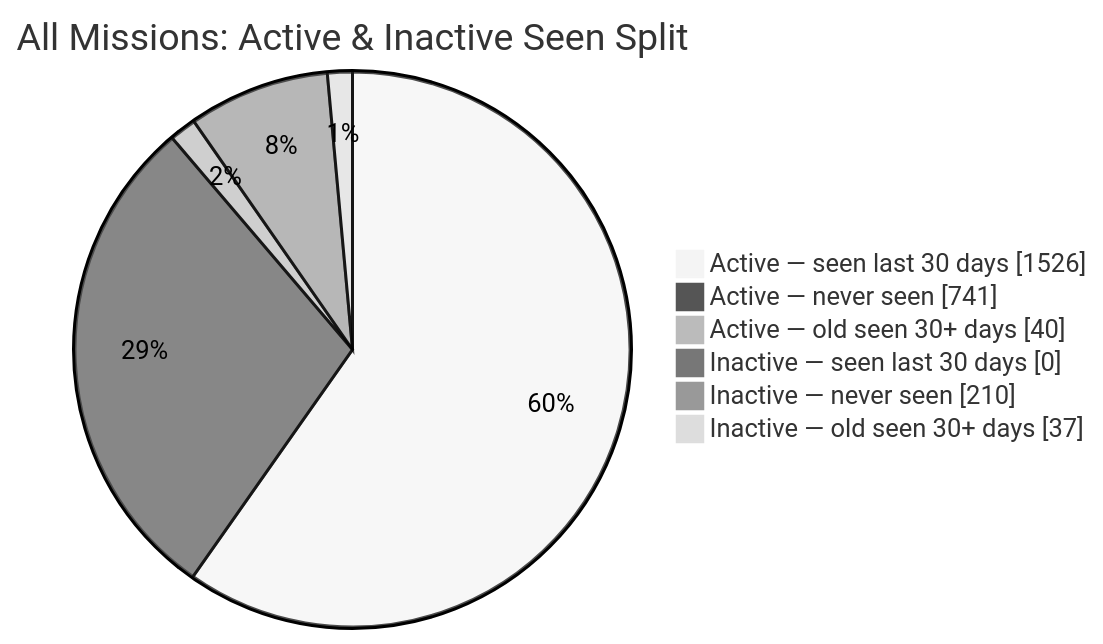
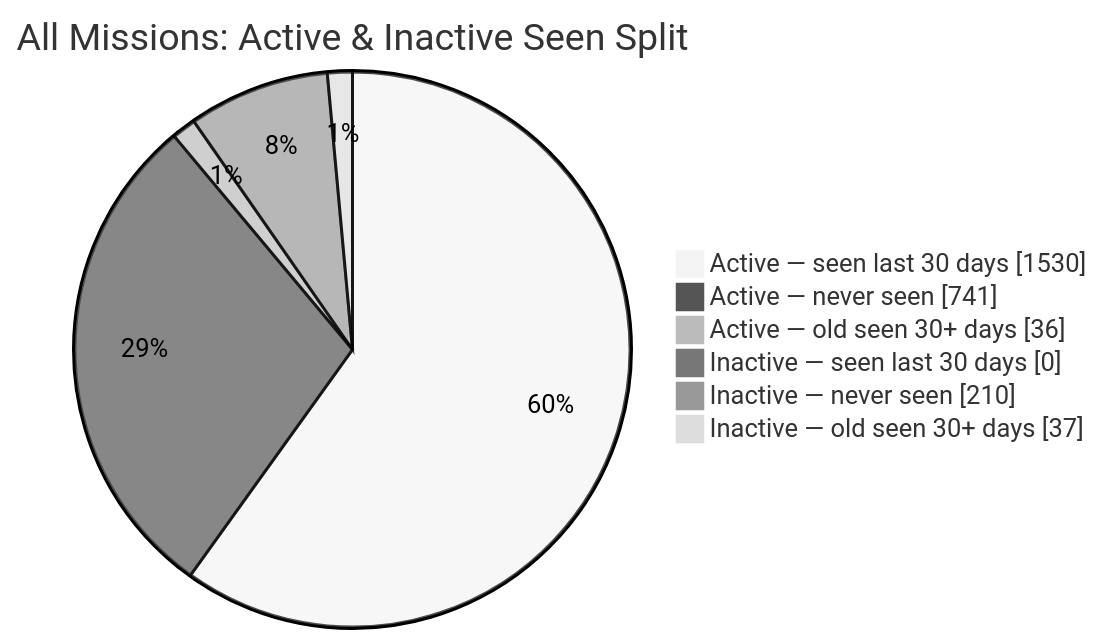
One commit to MeldkamerspelGameTeam/active-missions changed the second of 2 diagrams in README.md. Above: the diagram before and after it, drawn with Mermaid (neutral theme). The commit also changed other lines of this file and 3 other files, not shown here.

````diff
--- a/README.md
+++ b/README.md
@@ -44,10 +44,10 @@
 ```mermaid
 pie showData
     title All Missions: Active & Inactive Seen Split
-    "Active — seen last 30 days" : 1526
+    "Active — seen last 30 days" : 1530
     "Active — never seen" : 741
-    "Active — old seen 30+ days" : 40
+    "Active — old seen 30+ days" : 36
     "Inactive — seen last 30 days" : 0
     "Inactive — never seen" : 210
     "Inactive — old seen 30+ days" : 37
 ```
````
